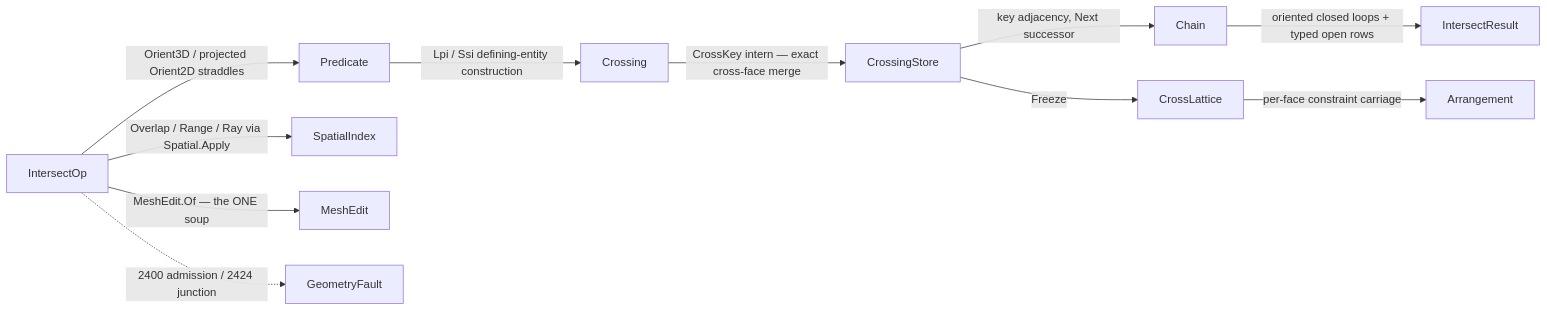
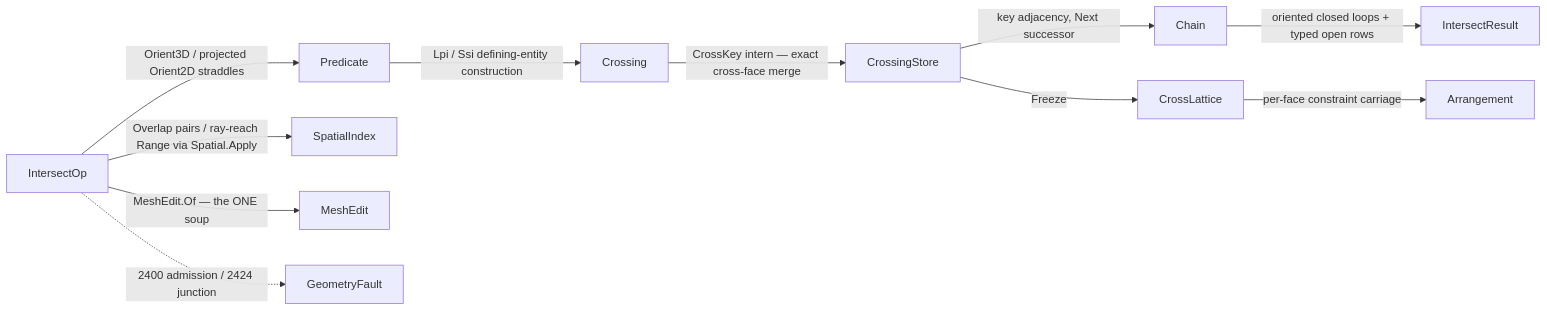
Before and after one commit to bsamiee/Rasm: the diagram in libs/csharp/Rasm/.planning/Meshing/intersect.md, drawn with Mermaid. The commit also changed other lines of this file and 13 other files, not shown here.

````diff
--- a/libs/csharp/Rasm/.planning/Meshing/intersect.md
+++ b/libs/csharp/Rasm/.planning/Meshing/intersect.md
@@ -589,13 +625,13 @@
 ```mermaid
 flowchart LR
     IntersectOp -->|Orient3D / projected Orient2D straddles| Predicate
-    IntersectOp -->|Overlap / Range / Ray via Spatial.Apply| SpatialIndex
+    IntersectOp -->|Overlap pairs / ray-reach Range via Spatial.Apply| SpatialIndex
     IntersectOp -->|MeshEdit.Of — the ONE soup| MeshEdit
     Predicate -->|Lpi / Ssi defining-entity construction| Crossing
     Crossing -->|CrossKey intern — exact cross-face merge| CrossingStore
     CrossingStore -->|key adjacency, Next successor| Chain
     Chain -->|oriented closed loops + typed open rows| IntersectResult
     CrossingStore -->|Freeze| CrossLattice
     CrossLattice -->|per-face constraint carriage| Arrangement
     IntersectOp -.->|2400 admission / 2424 junction| GeometryFault
 ```
````
